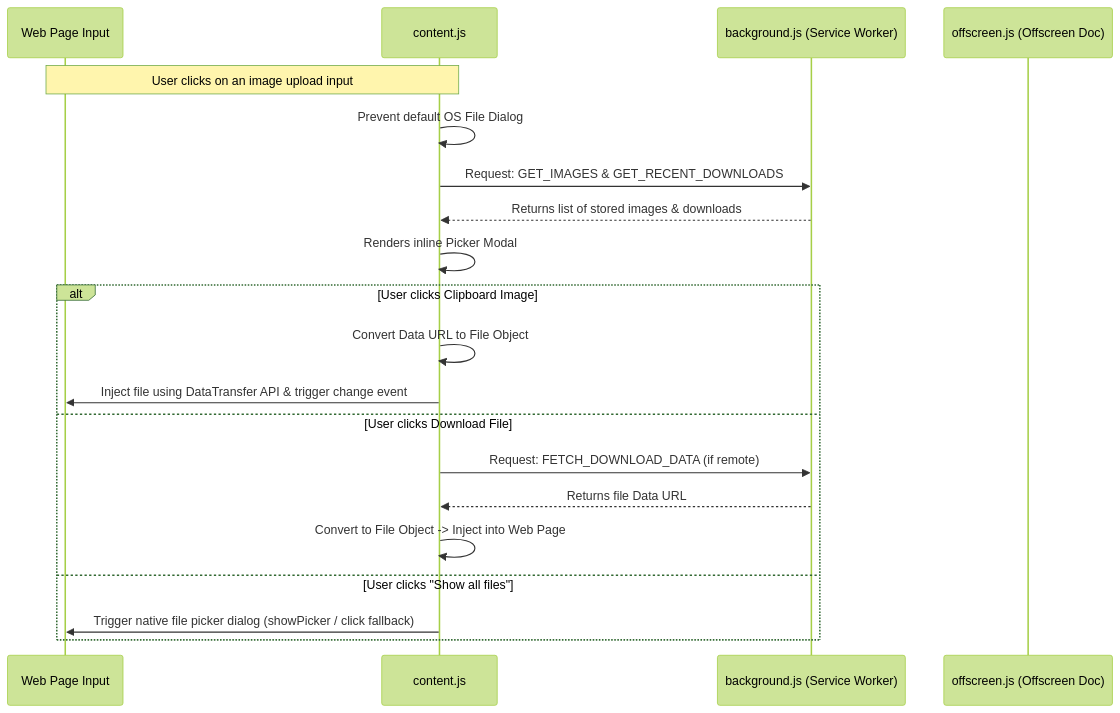
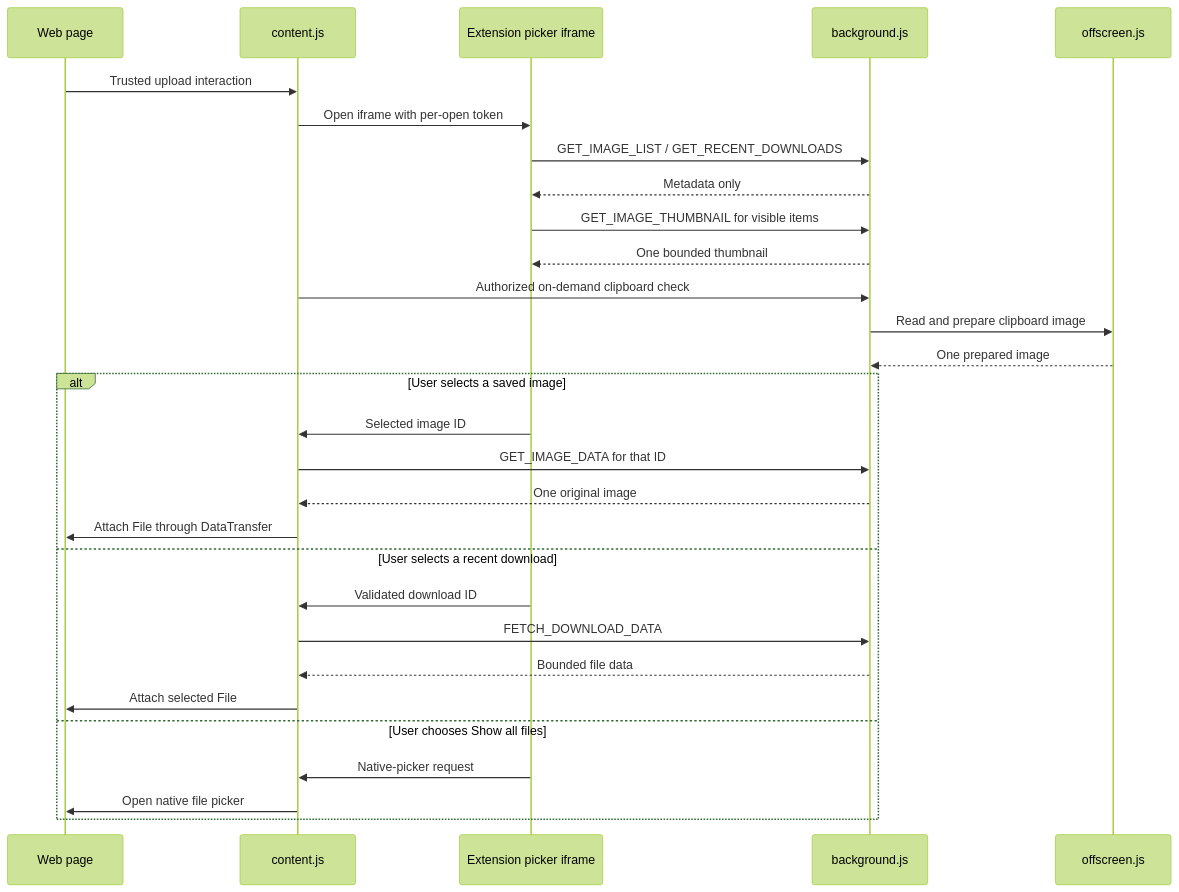
Before and after one commit to NourHacibayram/Easy-File-Extension: the diagram in README.md, drawn with Mermaid (forest theme). The commit also changed other lines of this file and 16 other files, not shown here.

Commit message:
feat: implement offscreen image picker UI with migration support and background tests

````diff
--- a/README.md
+++ b/README.md
@@ -34,24 +64,33 @@
 ```mermaid
 sequenceDiagram
-    participant WebPage as Web Page Input
-    participant Content as content.js
-    participant ServiceWorker as background.js (Service Worker)
-    participant Offscreen as offscreen.js (Offscreen Doc)
-    
-    Note over WebPage,Content: User clicks on an image upload input
-    Content->>Content: Prevent default OS File Dialog
-    Content->>ServiceWorker: Request: GET_IMAGES & GET_RECENT_DOWNLOADS
-    ServiceWorker-->>Content: Returns list of stored images & downloads
-    Content->>Content: Renders inline Picker Modal
-    
-    alt User clicks Clipboard Image
-        Content->>Content: Convert Data URL to File Object
-        Content->>WebPage: Inject file using DataTransfer API & trigger change event
-    else User clicks Download File
-        Content->>ServiceWorker: Request: FETCH_DOWNLOAD_DATA (if remote)
-        ServiceWorker-->>Content: Returns file Data URL
-        Content->>Content: Convert to File Object -> Inject into Web Page
-    else User clicks "Show all files"
-        Content->>WebPage: Trigger native file picker dialog (showPicker / click fallback)
+    participant Page as Web page
+    participant Host as content.js
+    participant Picker as Extension picker iframe
+    participant Worker as background.js
+    participant Offscreen as offscreen.js
+
+    Page->>Host: Trusted upload interaction
+    Host->>Picker: Open iframe with per-open token
+    Picker->>Worker: GET_IMAGE_LIST / GET_RECENT_DOWNLOADS
+    Worker-->>Picker: Metadata only
+    Picker->>Worker: GET_IMAGE_THUMBNAIL for visible items
+    Worker-->>Picker: One bounded thumbnail
+    Host->>Worker: Authorized on-demand clipboard check
+    Worker->>Offscreen: Read and prepare clipboard image
+    Offscreen-->>Worker: One prepared image
+
+    alt User selects a saved image
+        Picker->>Host: Selected image ID
+        Host->>Worker: GET_IMAGE_DATA for that ID
+        Worker-->>Host: One original image
+        Host->>Page: Attach File through DataTransfer
+    else User selects a recent download
+        Picker->>Host: Validated download ID
+        Host->>Worker: FETCH_DOWNLOAD_DATA
+        Worker-->>Host: Bounded file data
+        Host->>Page: Attach selected File
+    else User chooses Show all files
+        Picker->>Host: Native-picker request
+        Host->>Page: Open native file picker
     end
 ```
````
